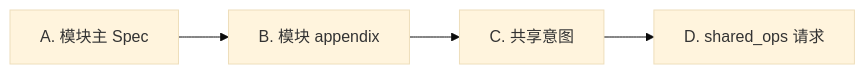
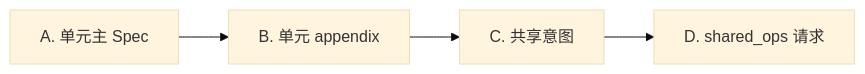
The sixth of 7 diagrams in README.zh-CN.md (mfblog/specflow), drawn with Mermaid (base theme) before and after one commit. The commit also changed other lines of this file and 3 other files, not shown here.

````diff
--- a/README.zh-CN.md
+++ b/README.zh-CN.md
@@ -461,6 +461,6 @@
 ```mermaid
 flowchart LR
-    A["A. 模块主 Spec"] --> B["B. 模块 appendix"]
+    A["A. 单元主 Spec"] --> B["B. 单元 appendix"]
     B --> C["C. 共享意图"]
     C --> D["D. shared_ops 请求"]
 ```
````
